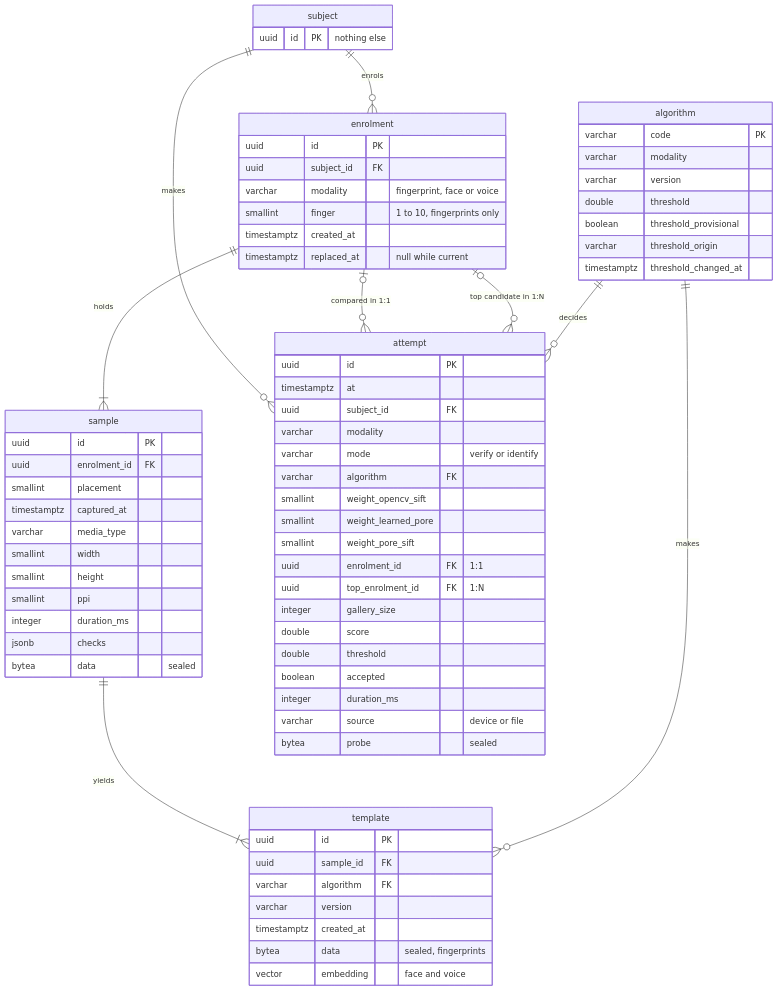
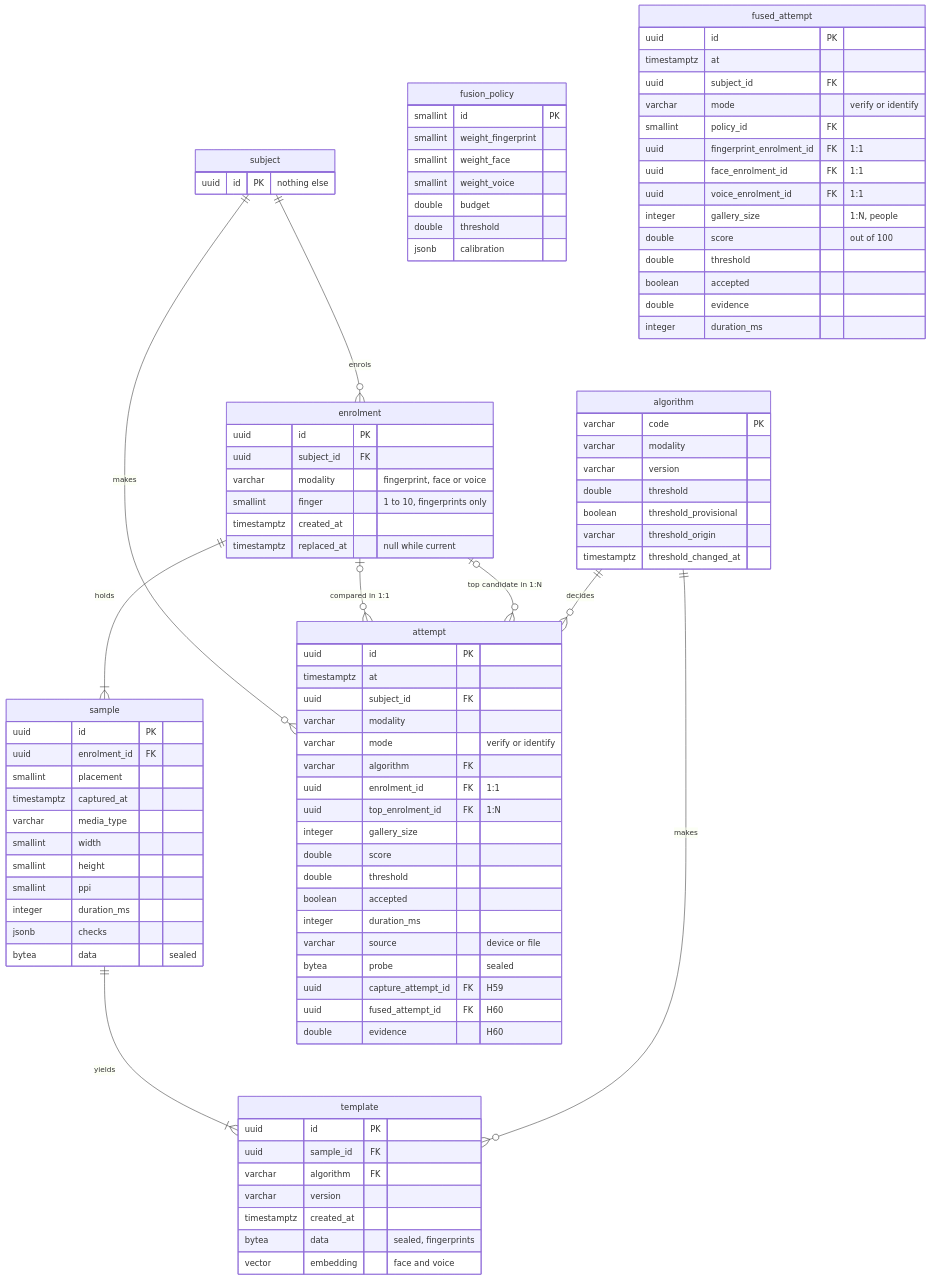
Before and after one commit to Mish2000/multimodal-biometric-system: the second of 2 diagrams in docs/data-model.md, drawn with Mermaid. The commit also changed other lines of this file and 29 other files, not shown here.

````diff
--- a/docs/data-model.md
+++ b/docs/data-model.md
@@ -215,9 +215,6 @@
         varchar modality
         varchar mode "verify or identify"
         varchar algorithm FK
-        smallint weight_opencv_sift
-        smallint weight_learned_pore
-        smallint weight_pore_sift
         uuid enrolment_id FK "1:1"
         uuid top_enrolment_id FK "1:N"
         integer gallery_size
@@ -227,5 +224,33 @@
         integer duration_ms
         varchar source "device or file"
         bytea probe "sealed"
+        uuid capture_attempt_id FK "H59"
+        uuid fused_attempt_id FK "H60"
+        double evidence "H60"
+    }
+    fusion_policy {
+        smallint id PK
+        smallint weight_fingerprint
+        smallint weight_face
+        smallint weight_voice
+        double budget
+        double threshold
+        jsonb calibration
+    }
+    fused_attempt {
+        uuid id PK
+        timestamptz at
+        uuid subject_id FK
+        varchar mode "verify or identify"
+        smallint policy_id FK
+        uuid fingerprint_enrolment_id FK "1:1"
+        uuid face_enrolment_id FK "1:1"
+        uuid voice_enrolment_id FK "1:1"
+        integer gallery_size "1:N, people"
+        double score "out of 100"
+        double threshold
+        boolean accepted
+        double evidence
+        integer duration_ms
     }
 ```
````
